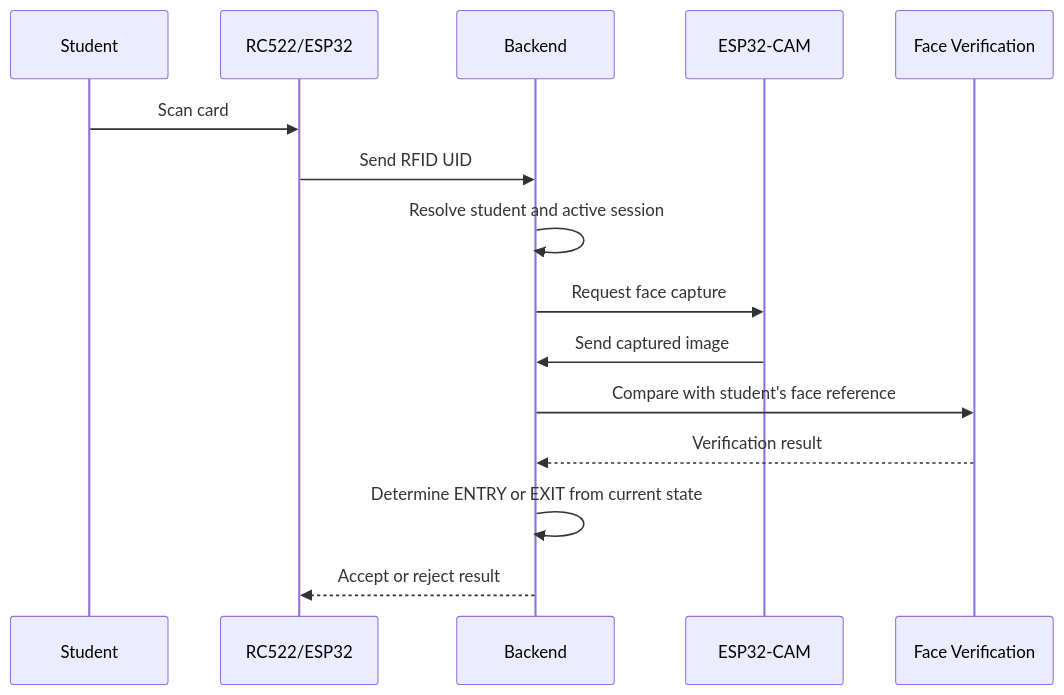
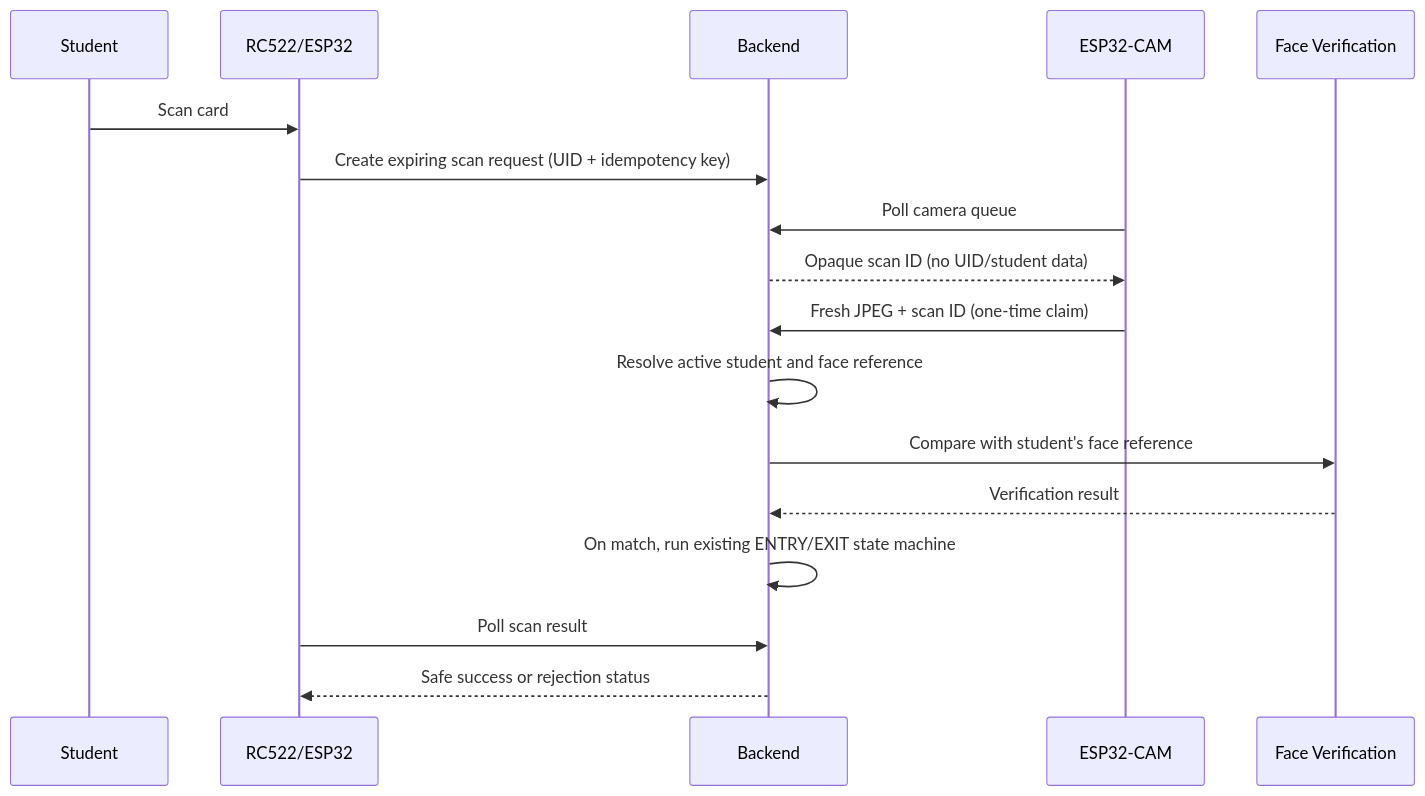
Before and after one commit to JAY140-G/-Smart-Classroom-RFID-Attendance-System: the fourth of 6 diagrams in docs/architecture/ARCHITECTURE.md, drawn with Mermaid. The commit also changed 49 other files, not shown here.

Commit message:
Improve RFID attendance and face verification

````diff
--- a/docs/architecture/ARCHITECTURE.md
+++ b/docs/architecture/ARCHITECTURE.md
@@ -95,18 +95,20 @@
 ```mermaid
 sequenceDiagram
     participant Student
     participant RFID as RC522/ESP32
     participant Backend
     participant Camera as ESP32-CAM
     participant Verify as Face Verification
 
     Student->>RFID: Scan card
-    RFID->>Backend: Send RFID UID
-    Backend->>Backend: Resolve student and active session
-    Backend->>Camera: Request face capture
-    Camera->>Backend: Send captured image
+    RFID->>Backend: Create expiring scan request (UID + idempotency key)
+    Camera->>Backend: Poll camera queue
+    Backend-->>Camera: Opaque scan ID (no UID/student data)
+    Camera->>Backend: Fresh JPEG + scan ID (one-time claim)
+    Backend->>Backend: Resolve active student and face reference
     Backend->>Verify: Compare with student's face reference
     Verify-->>Backend: Verification result
-    Backend->>Backend: Determine ENTRY or EXIT from current state
-    Backend-->>RFID: Accept or reject result
+    Backend->>Backend: On match, run existing ENTRY/EXIT state machine
+    RFID->>Backend: Poll scan result
+    Backend-->>RFID: Safe success or rejection status
 ```
````
